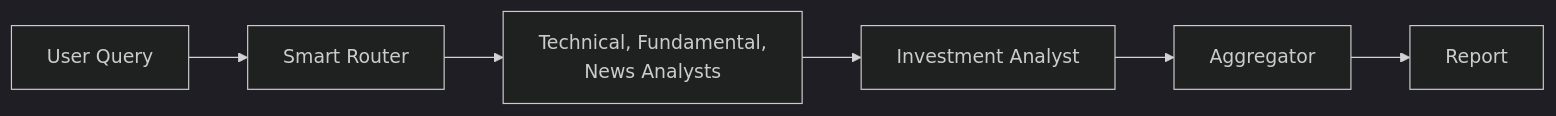
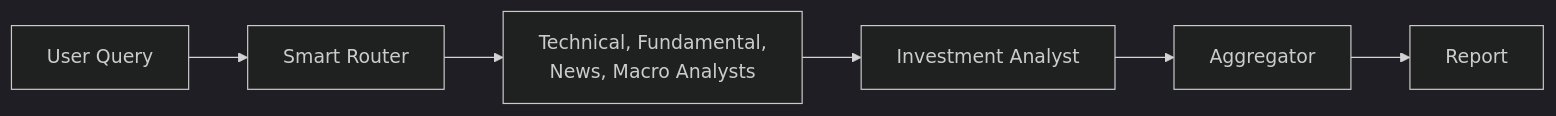
The diagram in README.md (michaelzus/ThinkOnlyOnce), drawn with Mermaid (dark theme) before and after one commit. The commit also changed other lines of this file, not shown here.

First line of the commit message:
Feature/macro agent (#2)

````diff
--- a/README.md
+++ b/README.md
@@ -59,8 +59,8 @@
 ```mermaid
 flowchart LR
     A[User Query] --> B[Smart Router]
-    B --> C["Technical, Fundamental,<br/>News Analysts"]
+    B --> C["Technical, Fundamental,<br/>News, Macro Analysts"]
     C --> D[Investment Analyst]
     D --> E[Aggregator]
     E --> F[Report]
 ```
````
